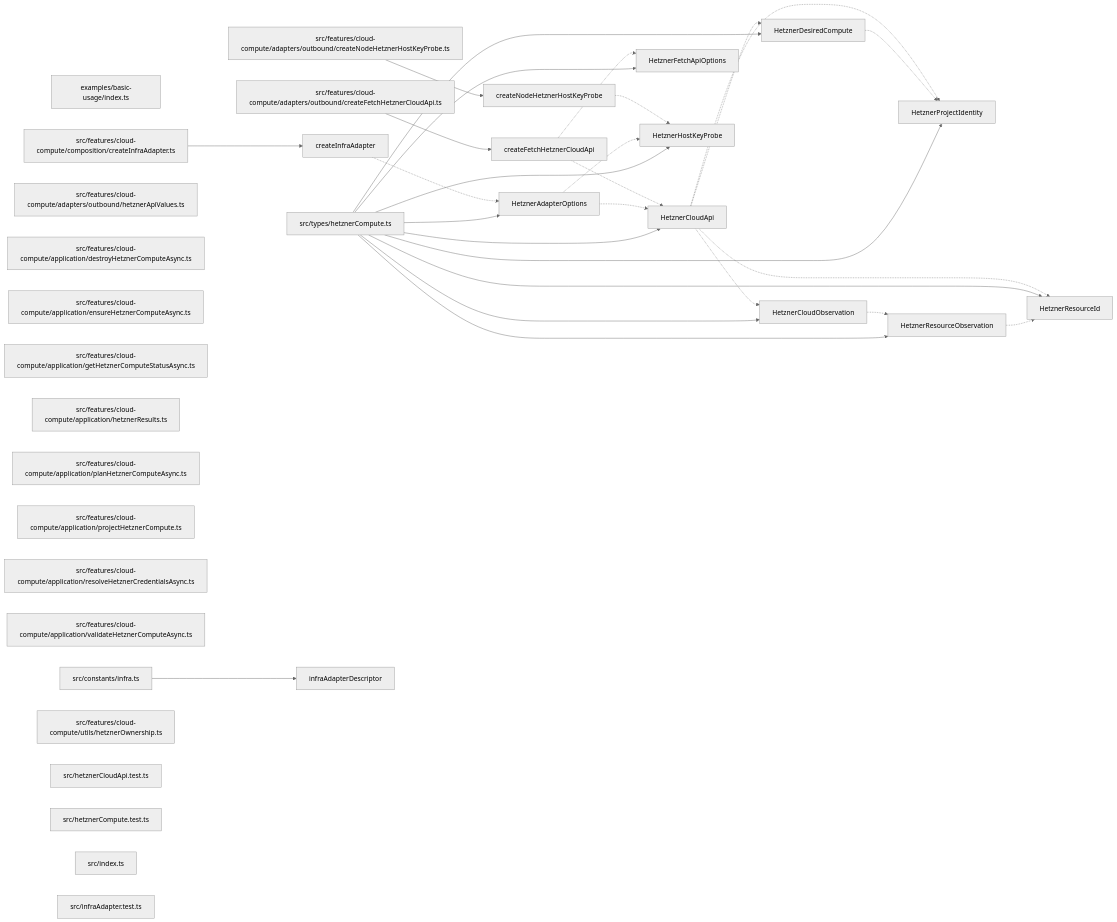
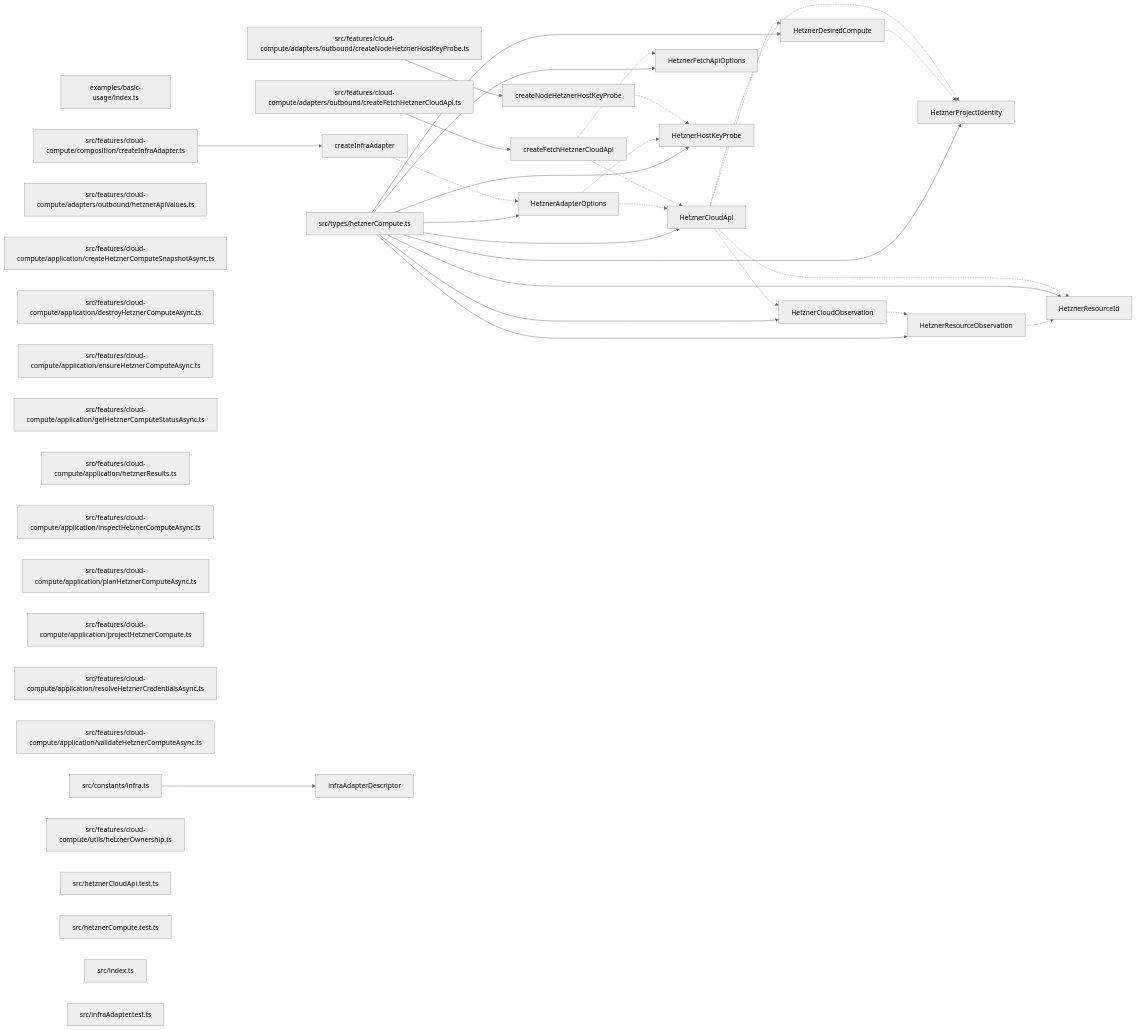
The diagram in paradox/diagrams/export-graph.mmd (ankhorage/hetzner), drawn with Mermaid (neutral theme) before and after one commit. The commit also changed 15 other files, not shown here.

```diff
--- a/paradox/diagrams/export-graph.mmd
+++ b/paradox/diagrams/export-graph.mmd
@@ -1,60 +1,62 @@
 graph LR
   module_examples_basic_usage_index_ts["examples/basic-usage/index.ts"]
   module_src_constants_infra_ts["src/constants/infra.ts"]
   module_src_features_cloud_compute_adapters_outbound_createFetchHetznerCloudApi_ts["src/features/cloud-compute/adapters/outbound/createFetchHetznerCloudApi.ts"]
   module_src_features_cloud_compute_adapters_outbound_createNodeHetznerHostKeyProbe_ts["src/features/cloud-compute/adapters/outbound/createNodeHetznerHostKeyProbe.ts"]
   module_src_features_cloud_compute_adapters_outbound_hetznerApiValues_ts["src/features/cloud-compute/adapters/outbound/hetznerApiValues.ts"]
+  module_src_features_cloud_compute_application_createHetznerComputeSnapshotAsync_ts["src/features/cloud-compute/application/createHetznerComputeSnapshotAsync.ts"]
   module_src_features_cloud_compute_application_destroyHetznerComputeAsync_ts["src/features/cloud-compute/application/destroyHetznerComputeAsync.ts"]
   module_src_features_cloud_compute_application_ensureHetznerComputeAsync_ts["src/features/cloud-compute/application/ensureHetznerComputeAsync.ts"]
   module_src_features_cloud_compute_application_getHetznerComputeStatusAsync_ts["src/features/cloud-compute/application/getHetznerComputeStatusAsync.ts"]
   module_src_features_cloud_compute_application_hetznerResults_ts["src/features/cloud-compute/application/hetznerResults.ts"]
+  module_src_features_cloud_compute_application_inspectHetznerComputeAsync_ts["src/features/cloud-compute/application/inspectHetznerComputeAsync.ts"]
   module_src_features_cloud_compute_application_planHetznerComputeAsync_ts["src/features/cloud-compute/application/planHetznerComputeAsync.ts"]
   module_src_features_cloud_compute_application_projectHetznerCompute_ts["src/features/cloud-compute/application/projectHetznerCompute.ts"]
   module_src_features_cloud_compute_application_resolveHetznerCredentialsAsync_ts["src/features/cloud-compute/application/resolveHetznerCredentialsAsync.ts"]
   module_src_features_cloud_compute_application_validateHetznerComputeAsync_ts["src/features/cloud-compute/application/validateHetznerComputeAsync.ts"]
   module_src_features_cloud_compute_composition_createInfraAdapter_ts["src/features/cloud-compute/composition/createInfraAdapter.ts"]
   module_src_features_cloud_compute_utils_hetznerOwnership_ts["src/features/cloud-compute/utils/hetznerOwnership.ts"]
   module_src_hetznerCloudApi_test_ts["src/hetznerCloudApi.test.ts"]
   module_src_hetznerCompute_test_ts["src/hetznerCompute.test.ts"]
   module_src_index_ts["src/index.ts"]
   module_src_infraAdapter_test_ts["src/infraAdapter.test.ts"]
   module_src_types_hetznerCompute_ts["src/types/hetznerCompute.ts"]
   export_createFetchHetznerCloudApi["createFetchHetznerCloudApi"]
   module_src_features_cloud_compute_adapters_outbound_createFetchHetznerCloudApi_ts --> export_createFetchHetznerCloudApi
   export_createFetchHetznerCloudApi -.-> export_HetznerCloudApi
   export_createFetchHetznerCloudApi -.-> export_HetznerFetchApiOptions
   export_createInfraAdapter["createInfraAdapter"]
   module_src_features_cloud_compute_composition_createInfraAdapter_ts --> export_createInfraAdapter
   export_createInfraAdapter -.-> export_HetznerAdapterOptions
   export_createNodeHetznerHostKeyProbe["createNodeHetznerHostKeyProbe"]
   module_src_features_cloud_compute_adapters_outbound_createNodeHetznerHostKeyProbe_ts --> export_createNodeHetznerHostKeyProbe
   export_createNodeHetznerHostKeyProbe -.-> export_HetznerHostKeyProbe
   export_HetznerAdapterOptions["HetznerAdapterOptions"]
   module_src_types_hetznerCompute_ts --> export_HetznerAdapterOptions
   export_HetznerAdapterOptions -.-> export_HetznerCloudApi
   export_HetznerAdapterOptions -.-> export_HetznerHostKeyProbe
   export_HetznerCloudApi["HetznerCloudApi"]
   module_src_types_hetznerCompute_ts --> export_HetznerCloudApi
   export_HetznerCloudApi -.-> export_HetznerCloudObservation
   export_HetznerCloudApi -.-> export_HetznerDesiredCompute
   export_HetznerCloudApi -.-> export_HetznerProjectIdentity
   export_HetznerCloudApi -.-> export_HetznerResourceId
   export_HetznerCloudObservation["HetznerCloudObservation"]
   module_src_types_hetznerCompute_ts --> export_HetznerCloudObservation
   export_HetznerCloudObservation -.-> export_HetznerResourceObservation
   export_HetznerDesiredCompute["HetznerDesiredCompute"]
   module_src_types_hetznerCompute_ts --> export_HetznerDesiredCompute
   export_HetznerDesiredCompute -.-> export_HetznerProjectIdentity
   export_HetznerFetchApiOptions["HetznerFetchApiOptions"]
   module_src_types_hetznerCompute_ts --> export_HetznerFetchApiOptions
   export_HetznerHostKeyProbe["HetznerHostKeyProbe"]
   module_src_types_hetznerCompute_ts --> export_HetznerHostKeyProbe
   export_HetznerProjectIdentity["HetznerProjectIdentity"]
   module_src_types_hetznerCompute_ts --> export_HetznerProjectIdentity
   export_HetznerResourceId["HetznerResourceId"]
   module_src_types_hetznerCompute_ts --> export_HetznerResourceId
   export_HetznerResourceObservation["HetznerResourceObservation"]
   module_src_types_hetznerCompute_ts --> export_HetznerResourceObservation
   export_HetznerResourceObservation -.-> export_HetznerResourceId
   export_infraAdapterDescriptor["infraAdapterDescriptor"]
   module_src_constants_infra_ts --> export_infraAdapterDescriptor
```
